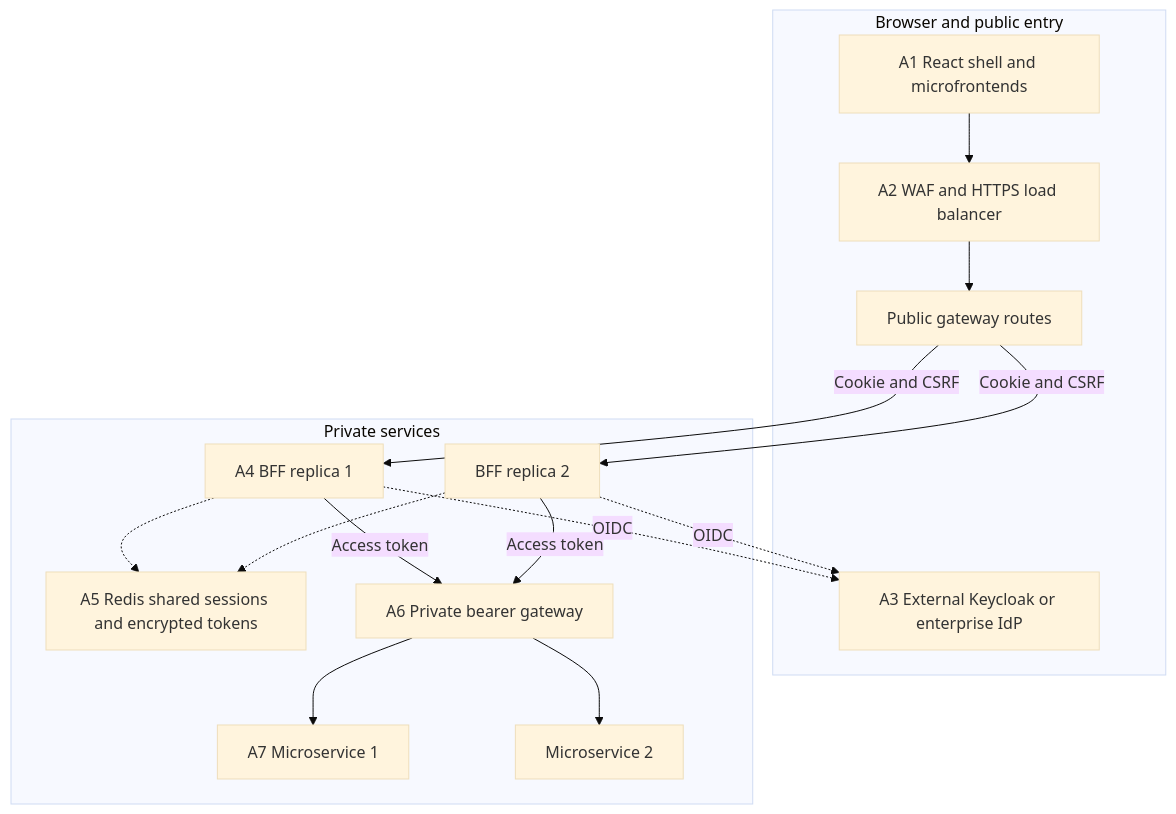
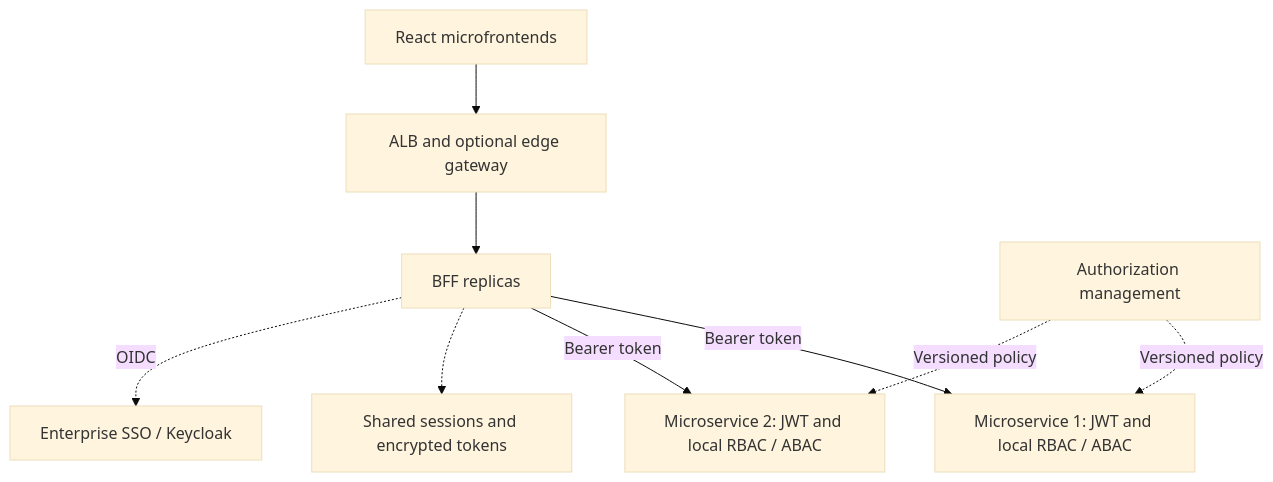
The diagram in docs/centralized-sso/diagram-source/01_secure_access_architecture.mmd (renjithpta/app-dff-login-docs), drawn with Mermaid (base theme) before and after one commit. The commit also changed 58 other files, not shown here.

Commit message:
Clarify service-local RBAC and ABAC with BFF token relay; refresh architecture diagrams and documents

```diff
--- a/docs/centralized-sso/diagram-source/01_secure_access_architecture.mmd
+++ b/docs/centralized-sso/diagram-source/01_secure_access_architecture.mmd
@@ -1,26 +1,9 @@
 flowchart TD
-  subgraph Public["Browser and public entry"]
-    UI["A1 React shell and microfrontends"]
-    LB["A2 WAF and HTTPS load balancer"]
-    PG["Public gateway routes"]
-    IDP["A3 External Keycloak or enterprise IdP"]
-    UI --> LB --> PG
-  end
-  subgraph Private["Private services"]
-    B1["A4 BFF replica 1"]
-    B2["BFF replica 2"]
-    R["A5 Redis shared sessions and encrypted tokens"]
-    IG["A6 Private bearer gateway"]
-    M1["A7 Microservice 1"]
-    M2["Microservice 2"]
-    B1 -.-> R
-    B2 -.-> R
-    B1 -->|Access token| IG
-    B2 -->|Access token| IG
-    IG --> M1
-    IG --> M2
-  end
-  PG -->|Cookie and CSRF| B1
-  PG -->|Cookie and CSRF| B2
-  B1 -. OIDC .-> IDP
-  B2 -. OIDC .-> IDP
+  UI["React microfrontends"] --> Edge["ALB and optional edge gateway"]
+  Edge --> BFF["BFF replicas"]
+  BFF -->|Bearer token| M1["Microservice 1: JWT and local RBAC / ABAC"]
+  BFF -->|Bearer token| M2["Microservice 2: JWT and local RBAC / ABAC"]
+  BFF -.-> Redis["Shared sessions and encrypted tokens"]
+  BFF -. OIDC .-> IdP["Enterprise SSO / Keycloak"]
+  Admin["Authorization management"] -. Versioned policy .-> M1
+  Admin -. Versioned policy .-> M2
```
